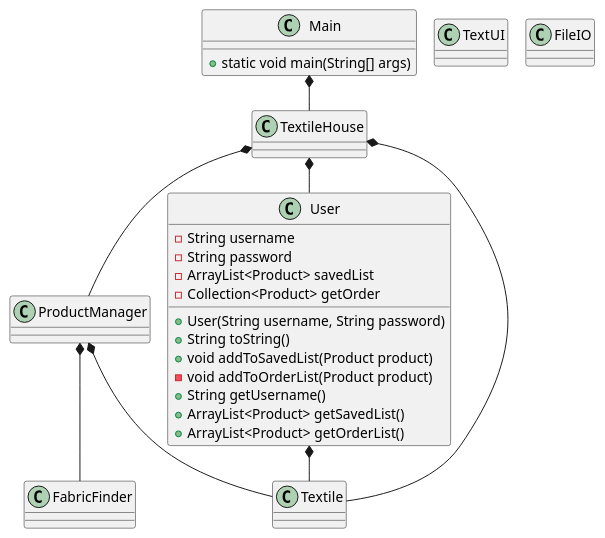
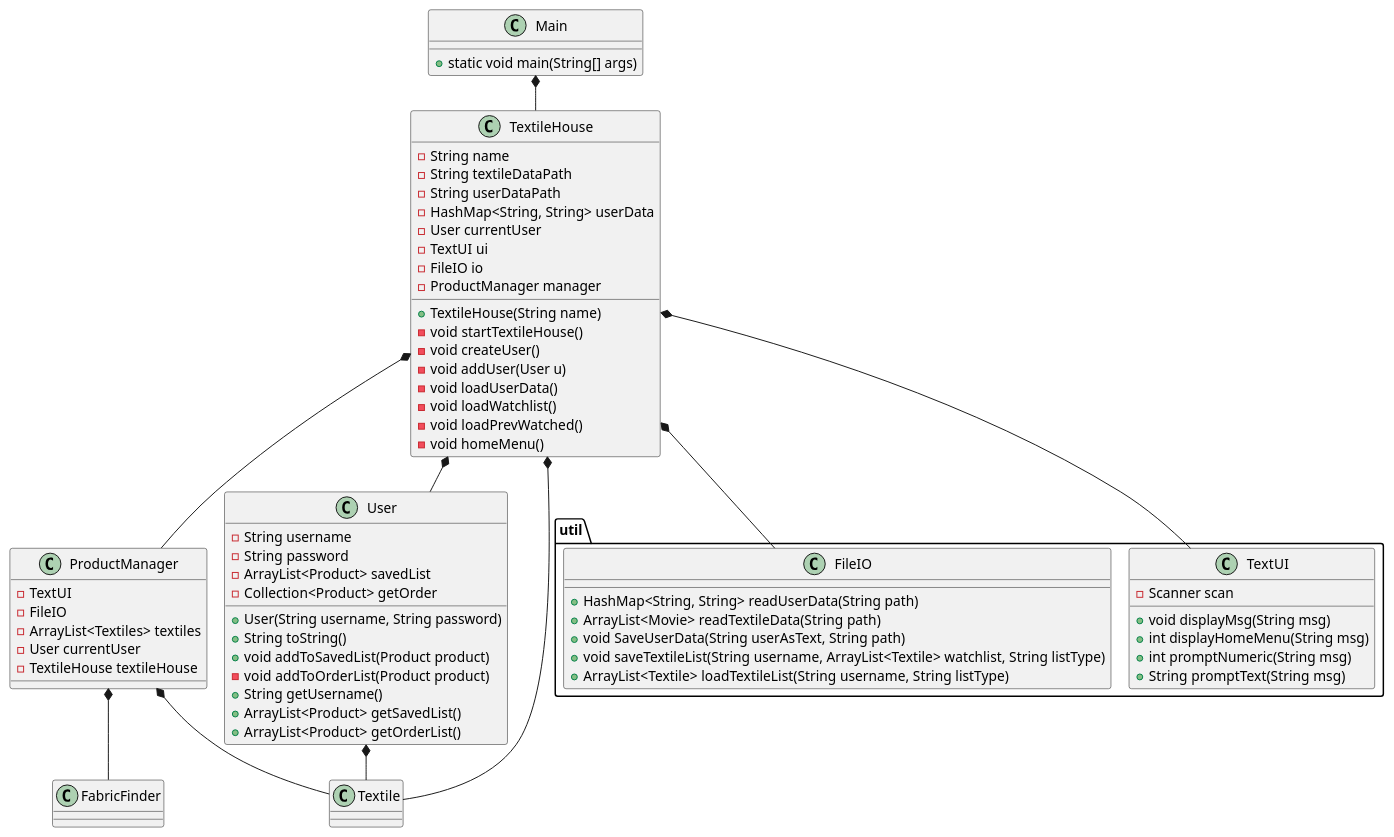
One commit to Griffenholm/ICE changed the diagram in doc/classdiagram/classdiagram.puml. Above: the diagram before and after it, drawn with PlantUML.

Commit message:
classdiagram

```diff
--- a/doc/classdiagram/classdiagram.puml
+++ b/doc/classdiagram/classdiagram.puml
@@ -1,45 +1,83 @@
 @startuml
 !pragma layout smetana
 
 class Main {
 + static void main(String[] args)
 }
 
 
 class TextileHouse{
+- String name
+- String textileDataPath
+- String userDataPath
+- HashMap<String, String> userData
+- User currentUser
+- TextUI ui
+- FileIO io
+- ProductManager manager
++ TextileHouse(String name)
+- void startTextileHouse()
+- void createUser()
+- void addUser(User u)
+- void loadUserData()
+- void loadWatchlist()
+- void loadPrevWatched()
+- void homeMenu()
 }
 
 class ProductManager{
+- TextUI
+- FileIO
+- ArrayList<Textiles> textiles
+- User currentUser
+- TextileHouse textileHouse
 }
 
 class FabricFinder{
 }
 
 class User {
 - String username
 - String password
 - ArrayList<Product> savedList
 - Collection<Product> getOrder
 + User(String username, String password)
 + String toString()
 + void addToSavedList(Product product)
 - void addToOrderList(Product product)
 + String getUsername()
 + ArrayList<Product> getSavedList()
 + ArrayList<Product> getOrderList()
 }
 
 class Textile {}
 
-class TextUI {}
+package "util" {
 
-class FileIO {}
+class TextUI {
+- Scanner scan
++ void displayMsg(String msg)
++ int displayHomeMenu(String msg)
++ int promptNumeric(String msg)
++ String promptText(String msg)
+}
+
+class FileIO {
++ HashMap<String, String> readUserData(String path)
++ ArrayList<Movie> readTextileData(String path)
++ void SaveUserData(String userAsText, String path)
++ void saveTextileList(String username, ArrayList<Textile> watchlist, String listType)
++ ArrayList<Textile> loadTextileList(String username, String listType)
+}
+}
 
 Main *-- TextileHouse
+TextileHouse *-- FileIO
+TextileHouse *-- TextUI
+TextileHouse *-- User
 TextileHouse *-- ProductManager
 ProductManager *-- Textile
 ProductManager *-- FabricFinder
 TextileHouse *-- Textile
-TextileHouse *-- User
 User *-- Textile
 @enduml
```
